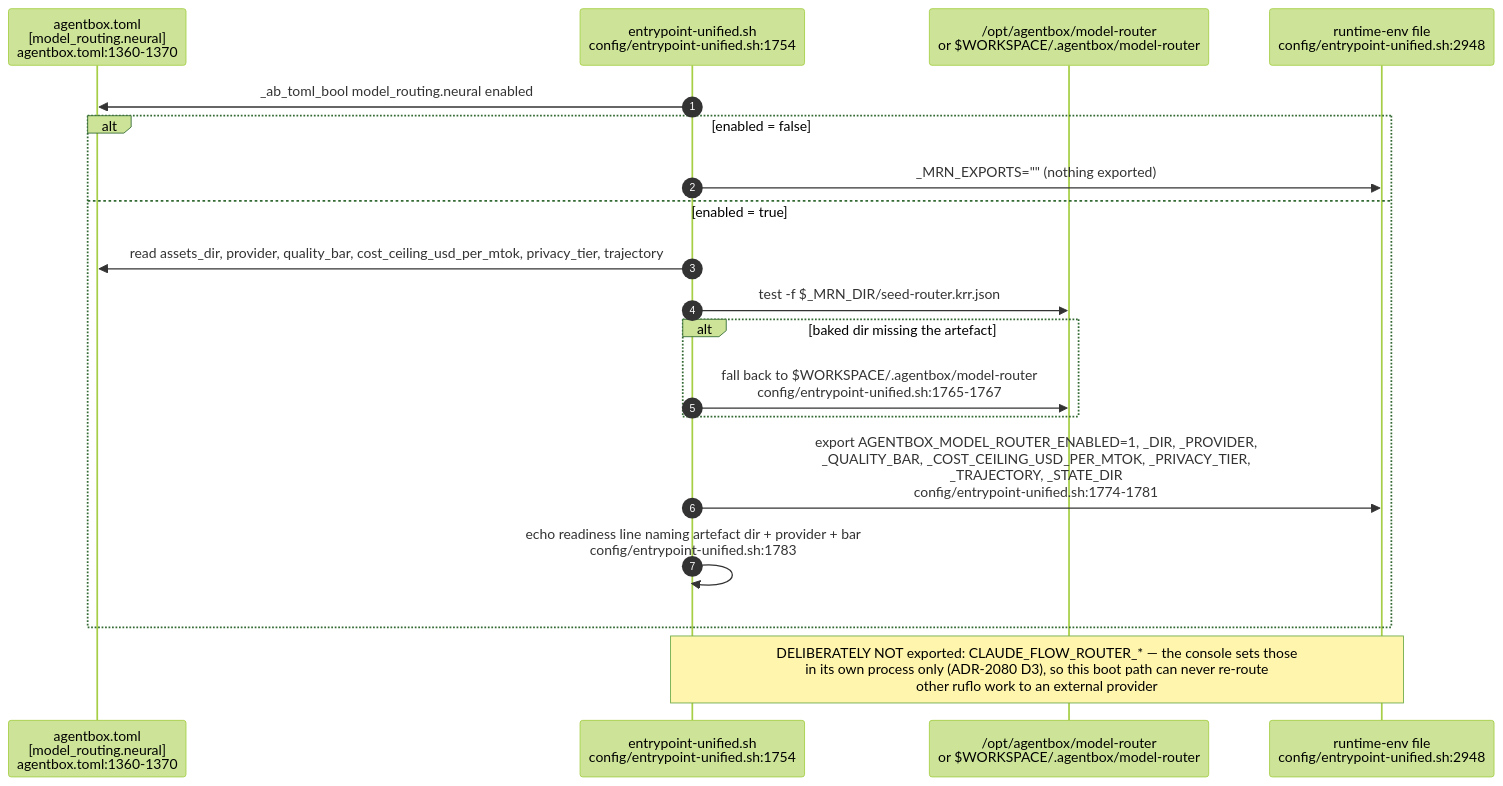
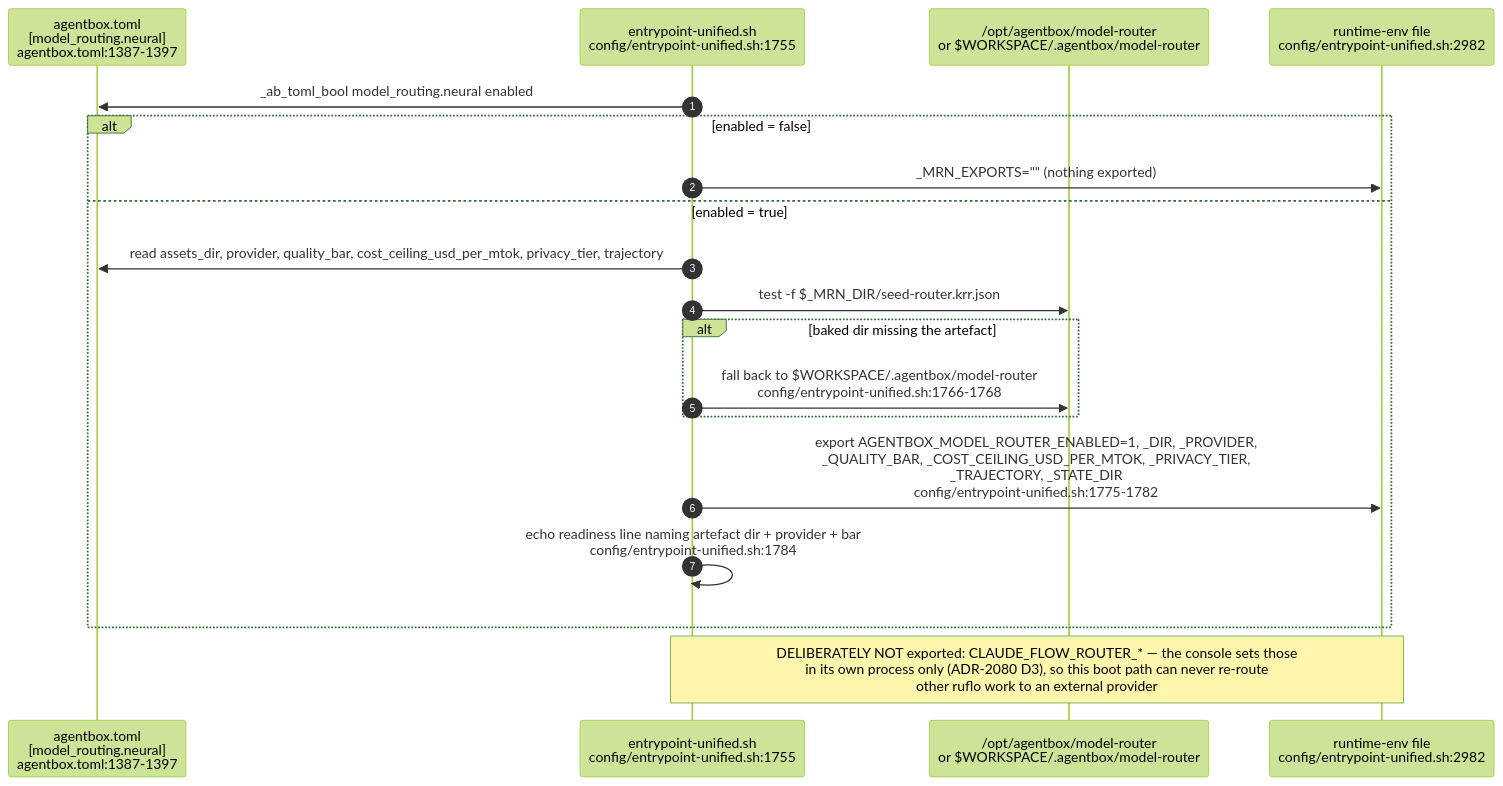
One commit to DreamLab-AI/VisionFlow changed the second of 9 diagrams in docs/diagrams/agentbox/29-metaharness-router-console.md. Above: the diagram before and after it, drawn with Mermaid (forest theme). The commit also changed other lines of this file and 94 other files, not shown here.

First line of the commit message:
docs(diagrams): re-verify 130 topics against 2 October HEADs

````diff
--- a/docs/diagrams/agentbox/29-metaharness-router-console.md
+++ b/docs/diagrams/agentbox/29-metaharness-router-console.md
@@ -64,22 +64,22 @@
 ```mermaid
 sequenceDiagram
     autonumber
-    participant TOML as agentbox.toml<br/>[model_routing.neural]<br/>agentbox.toml:1360-1370
-    participant EP as entrypoint-unified.sh<br/>config/entrypoint-unified.sh:1754
+    participant TOML as agentbox.toml<br/>[model_routing.neural]<br/>agentbox.toml:1387-1397
+    participant EP as entrypoint-unified.sh<br/>config/entrypoint-unified.sh:1755
     participant DISK as /opt/agentbox/model-router<br/>or $WORKSPACE/.agentbox/model-router
-    participant ENV as runtime-env file<br/>config/entrypoint-unified.sh:2948
+    participant ENV as runtime-env file<br/>config/entrypoint-unified.sh:2982
 
     EP->>TOML: _ab_toml_bool model_routing.neural enabled
     alt enabled = false
         EP->>ENV: _MRN_EXPORTS="" (nothing exported)
     else enabled = true
         EP->>TOML: read assets_dir, provider, quality_bar, cost_ceiling_usd_per_mtok, privacy_tier, trajectory
         EP->>DISK: test -f $_MRN_DIR/seed-router.krr.json
         alt baked dir missing the artefact
-            EP->>DISK: fall back to $WORKSPACE/.agentbox/model-router<br/>config/entrypoint-unified.sh:1765-1767
+            EP->>DISK: fall back to $WORKSPACE/.agentbox/model-router<br/>config/entrypoint-unified.sh:1766-1768
         end
-        EP->>ENV: export AGENTBOX_MODEL_ROUTER_ENABLED=1, _DIR, _PROVIDER,<br/>_QUALITY_BAR, _COST_CEILING_USD_PER_MTOK, _PRIVACY_TIER,<br/>_TRAJECTORY, _STATE_DIR<br/>config/entrypoint-unified.sh:1774-1781
-        EP->>EP: echo readiness line naming artefact dir + provider + bar<br/>config/entrypoint-unified.sh:1783
+        EP->>ENV: export AGENTBOX_MODEL_ROUTER_ENABLED=1, _DIR, _PROVIDER,<br/>_QUALITY_BAR, _COST_CEILING_USD_PER_MTOK, _PRIVACY_TIER,<br/>_TRAJECTORY, _STATE_DIR<br/>config/entrypoint-unified.sh:1775-1782
+        EP->>EP: echo readiness line naming artefact dir + provider + bar<br/>config/entrypoint-unified.sh:1784
     end
     Note over EP,ENV: DELIBERATELY NOT exported: CLAUDE_FLOW_ROUTER_* — the console sets those<br/>in its own process only (ADR-2080 D3), so this boot path can never re-route<br/>other ruflo work to an external provider
 ```
````
